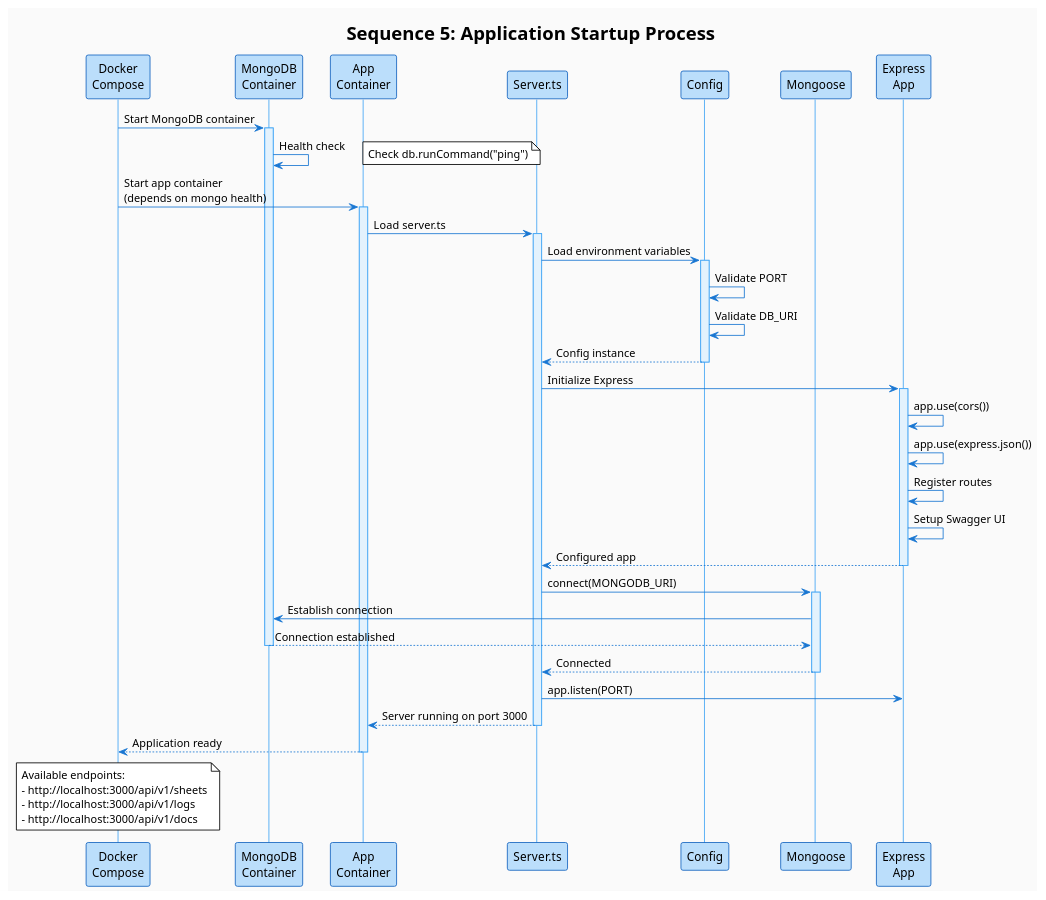
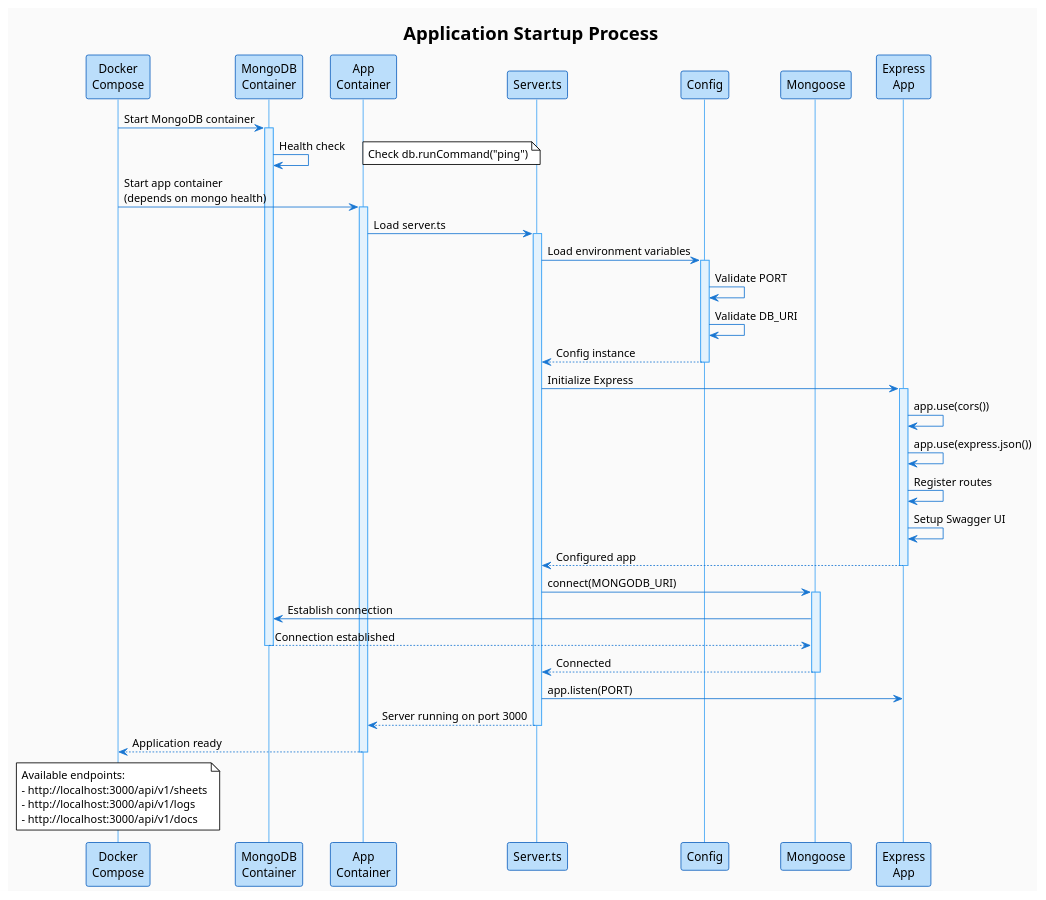
The diagram in src/design/application-start-up.puml (AvinaashGhansam/student-auth-api), drawn with PlantUML before and after one commit. The commit also changed 7 other files, not shown here.

```diff
--- a/src/design/application-start-up.puml
+++ b/src/design/application-start-up.puml
@@ -1,72 +1,72 @@
 @startuml Application_Startup
 !theme plain
 skinparam backgroundColor #FAFAFA
 skinparam sequence {
     ArrowColor #1976D2
     ActorBorderColor #0D47A1
     LifeLineBorderColor #42A5F5
     LifeLineBackgroundColor #E3F2FD
     ParticipantBorderColor #1565C0
     ParticipantBackgroundColor #BBDEFB
 }
 
-title Sequence 5: Application Startup Process
+title Application Startup Process
 
 participant "Docker\nCompose" as Docker
 participant "MongoDB\nContainer" as MongoContainer
 participant "App\nContainer" as AppContainer
 participant "Server.ts" as Server
 participant "Config" as Config
 participant "Mongoose" as Mongoose
 participant "Express\nApp" as App
 
 Docker -> MongoContainer: Start MongoDB container
 activate MongoContainer
 MongoContainer -> MongoContainer: Health check
 note right: Check db.runCommand("ping")
 
 Docker -> AppContainer: Start app container\n(depends on mongo health)
 activate AppContainer
 
 AppContainer -> Server: Load server.ts
 activate Server
 
 Server -> Config: Load environment variables
 activate Config
 Config -> Config: Validate PORT
 Config -> Config: Validate DB_URI
 Config --> Server: Config instance
 deactivate Config
 
 Server -> App: Initialize Express
 activate App
 App -> App: app.use(cors())
 App -> App: app.use(express.json())
 App -> App: Register routes
 App -> App: Setup Swagger UI
 App --> Server: Configured app
 deactivate App
 
 Server -> Mongoose: connect(MONGODB_URI)
 activate Mongoose
 Mongoose -> MongoContainer: Establish connection
 MongoContainer --> Mongoose: Connection established
 deactivate MongoContainer
 Mongoose --> Server: Connected
 deactivate Mongoose
 
 Server -> App: app.listen(PORT)
 Server --> AppContainer: Server running on port 3000
 deactivate Server
 
 AppContainer --> Docker: Application ready
 deactivate AppContainer
 
 note over Docker
     Available endpoints:
     - http://localhost:3000/api/v1/sheets
     - http://localhost:3000/api/v1/logs
     - http://localhost:3000/api/v1/docs
 end note
 
 @enduml
```
